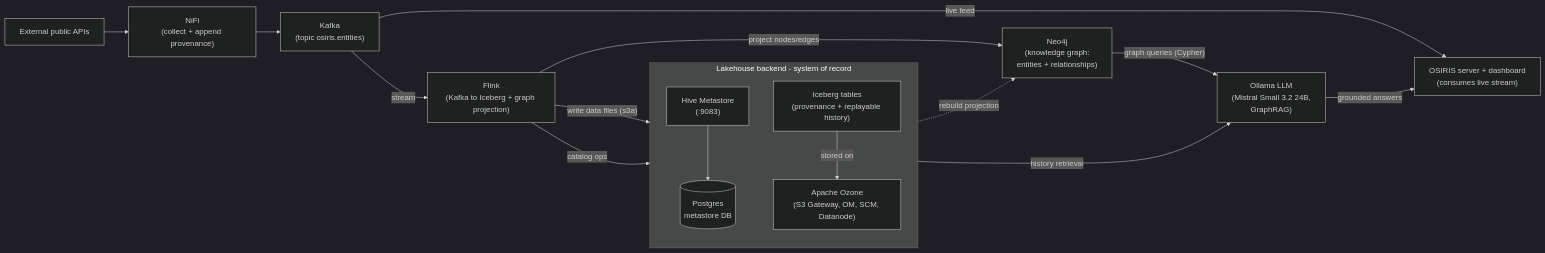
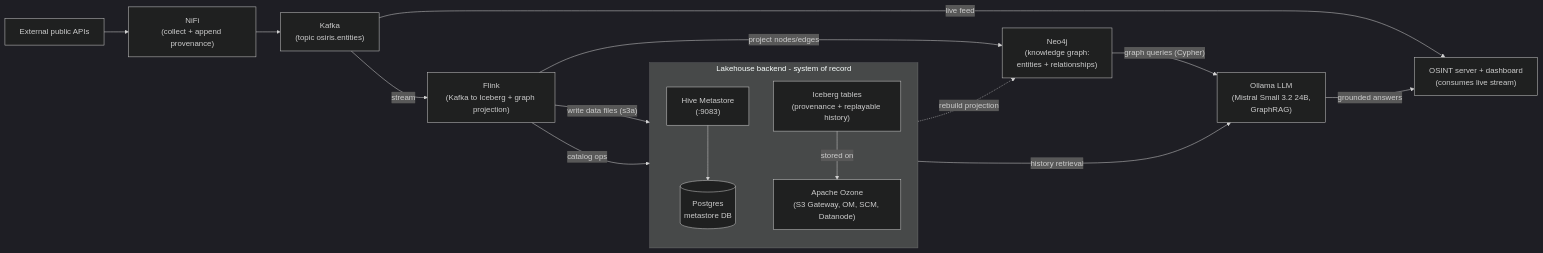
The second of 2 diagrams in README.md (Christopheraburns/osiris), drawn with Mermaid (dark theme) before and after one commit. The commit also changed other lines of this file and 43 other files, not shown here.

Commit message:
GraphRAG and Mistral online

````diff
--- a/README.md
+++ b/README.md
@@ -96,32 +110,32 @@
 ```mermaid
 flowchart LR
   ext["External public APIs"]
   nifi["NiFi<br/>(collect + append provenance)"]
   kafka["Kafka<br/>(topic osiris.entities)"]
-  osiris["OSIRIS server + dashboard<br/>(consumes live stream)"]
+  osint["OSINT server + dashboard<br/>(consumes live stream)"]
   flink["Flink<br/>(Kafka to Iceberg + graph projection)"]
 
   subgraph lakehouse [Lakehouse backend - system of record]
     direction TB
     iceberg["Iceberg tables<br/>(provenance + replayable history)"]
     hms["Hive Metastore<br/>(:9083)"]
     pg[("Postgres<br/>metastore DB")]
     ozone["Apache Ozone<br/>(S3 Gateway, OM, SCM, Datanode)"]
   end
 
   neo4j["Neo4j<br/>(knowledge graph:<br/>entities + relationships)"]
   llm["Ollama LLM<br/>(Mistral Small 3.2 24B,<br/>GraphRAG)"]
 
   ext --> nifi --> kafka
-  kafka -->|"live feed"| osiris
+  kafka -->|"live feed"| osint
   kafka -->|"stream"| flink
   flink -->|"write data files (s3a)"| iceberg
   flink -->|"catalog ops"| hms
   flink -->|"project nodes/edges"| neo4j
   hms --> pg
   iceberg -->|"stored on"| ozone
   iceberg -. "rebuild projection" .-> neo4j
   neo4j -->|"graph queries (Cypher)"| llm
   iceberg -->|"history retrieval"| llm
-  llm -->|"grounded answers"| osiris
+  llm -->|"grounded answers"| osint
 ```
````
